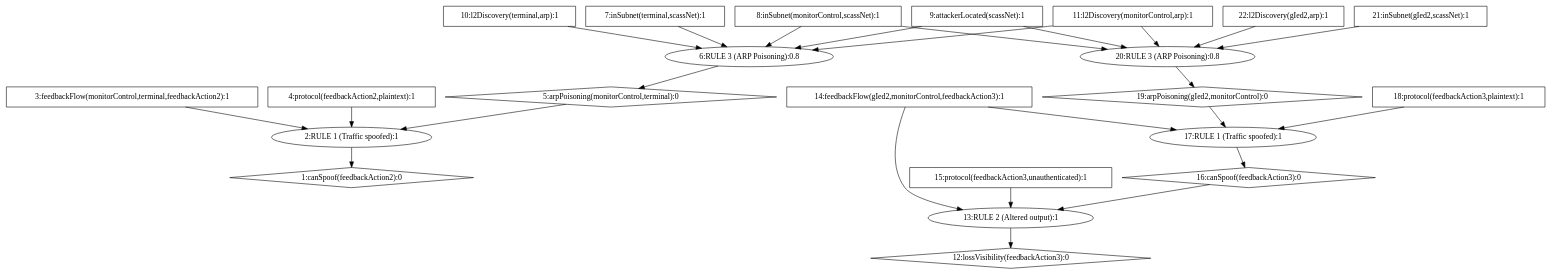
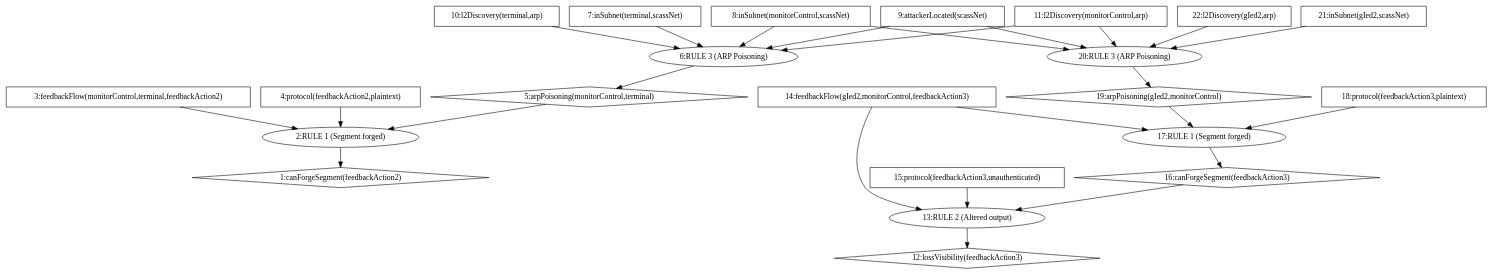
One commit to NS-unina/ICS-Cyberange changed the diagram in ag/output/AttackGraph.dot. Above: the diagram before and after it, drawn with Graphviz. The commit also changed 14 other files, not shown here.

```diff
--- a/ag/output/AttackGraph.dot
+++ b/ag/output/AttackGraph.dot
@@ -1,48 +1,48 @@
 digraph G {
-	1 [label="1:canSpoof(feedbackAction2):0",shape=diamond];
-	2 [label="2:RULE 1 (Traffic spoofed):1",shape=ellipse];
-	3 [label="3:feedbackFlow(monitorControl,terminal,feedbackAction2):1",shape=box];
-	4 [label="4:protocol(feedbackAction2,plaintext):1",shape=box];
-	5 [label="5:arpPoisoning(monitorControl,terminal):0",shape=diamond];
-	6 [label="6:RULE 3 (ARP Poisoning):0.8",shape=ellipse];
-	7 [label="7:inSubnet(terminal,scassNet):1",shape=box];
-	8 [label="8:inSubnet(monitorControl,scassNet):1",shape=box];
-	9 [label="9:attackerLocated(scassNet):1",shape=box];
-	10 [label="10:l2Discovery(terminal,arp):1",shape=box];
-	11 [label="11:l2Discovery(monitorControl,arp):1",shape=box];
-	12 [label="12:lossVisibility(feedbackAction3):0",shape=diamond];
-	13 [label="13:RULE 2 (Altered output):1",shape=ellipse];
-	14 [label="14:feedbackFlow(gIed2,monitorControl,feedbackAction3):1",shape=box];
-	15 [label="15:protocol(feedbackAction3,unauthenticated):1",shape=box];
-	16 [label="16:canSpoof(feedbackAction3):0",shape=diamond];
-	17 [label="17:RULE 1 (Traffic spoofed):1",shape=ellipse];
-	18 [label="18:protocol(feedbackAction3,plaintext):1",shape=box];
-	19 [label="19:arpPoisoning(gIed2,monitorControl):0",shape=diamond];
-	20 [label="20:RULE 3 (ARP Poisoning):0.8",shape=ellipse];
-	21 [label="21:inSubnet(gIed2,scassNet):1",shape=box];
-	22 [label="22:l2Discovery(gIed2,arp):1",shape=box];
+	1 [label="1:canForgeSegment(feedbackAction2)",shape=diamond];
+	2 [label="2:RULE 1 (Segment forged)",shape=ellipse];
+	3 [label="3:feedbackFlow(monitorControl,terminal,feedbackAction2)",shape=box];
+	4 [label="4:protocol(feedbackAction2,plaintext)",shape=box];
+	5 [label="5:arpPoisoning(monitorControl,terminal)",shape=diamond];
+	6 [label="6:RULE 3 (ARP Poisoning)",shape=ellipse];
+	7 [label="7:inSubnet(terminal,scassNet)",shape=box];
+	8 [label="8:inSubnet(monitorControl,scassNet)",shape=box];
+	9 [label="9:attackerLocated(scassNet)",shape=box];
+	10 [label="10:l2Discovery(terminal,arp)",shape=box];
+	11 [label="11:l2Discovery(monitorControl,arp)",shape=box];
+	12 [label="12:lossVisibility(feedbackAction3)",shape=diamond];
+	13 [label="13:RULE 2 (Altered output)",shape=ellipse];
+	14 [label="14:feedbackFlow(gIed2,monitorControl,feedbackAction3)",shape=box];
+	15 [label="15:protocol(feedbackAction3,unauthenticated)",shape=box];
+	16 [label="16:canForgeSegment(feedbackAction3)",shape=diamond];
+	17 [label="17:RULE 1 (Segment forged)",shape=ellipse];
+	18 [label="18:protocol(feedbackAction3,plaintext)",shape=box];
+	19 [label="19:arpPoisoning(gIed2,monitorControl)",shape=diamond];
+	20 [label="20:RULE 3 (ARP Poisoning)",shape=ellipse];
+	21 [label="21:inSubnet(gIed2,scassNet)",shape=box];
+	22 [label="22:l2Discovery(gIed2,arp)",shape=box];
 	3 -> 	2;
 	4 -> 	2;
 	7 -> 	6;
 	8 -> 	6;
 	9 -> 	6;
 	10 -> 	6;
 	11 -> 	6;
 	6 -> 	5;
 	5 -> 	2;
 	2 -> 	1;
 	14 -> 	13;
 	15 -> 	13;
 	14 -> 	17;
 	18 -> 	17;
 	8 -> 	20;
 	21 -> 	20;
 	9 -> 	20;
 	11 -> 	20;
 	22 -> 	20;
 	20 -> 	19;
 	19 -> 	17;
 	17 -> 	16;
 	16 -> 	13;
 	13 -> 	12;
 }
```
